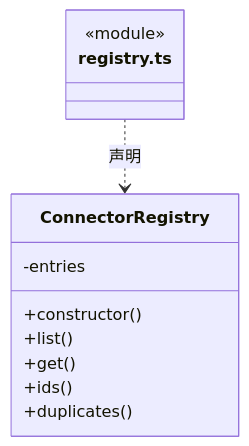
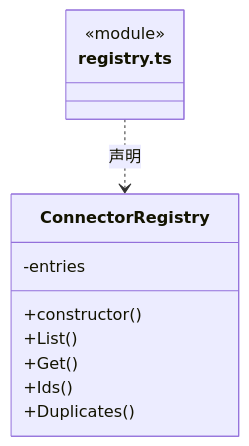
One commit to nan023062/cbim changed the third of 11 diagrams in src/logic/connectors/rules/ARCHITECTURE.md. Above: the diagram before and after it, drawn with Mermaid. The commit also changed other lines of this file and 1035 other files, not shown here.

````diff
--- a/src/logic/connectors/rules/ARCHITECTURE.md
+++ b/src/logic/connectors/rules/ARCHITECTURE.md
@@ -59,15 +59,15 @@
 ```mermaid
 classDiagram
 class N_src_logic_connectors_rules_registry_ts["registry.ts"] {
   <<module>>
 }
 class N_src_logic_connectors_rules_registry_ts_ConnectorRegistry["ConnectorRegistry"] {
   +constructor()
-  +list()
-  +get()
-  +ids()
-  +duplicates()
+  +List()
+  +Get()
+  +Ids()
+  +Duplicates()
   -entries
 }
 N_src_logic_connectors_rules_registry_ts ..> N_src_logic_connectors_rules_registry_ts_ConnectorRegistry : 声明
 ```
````
